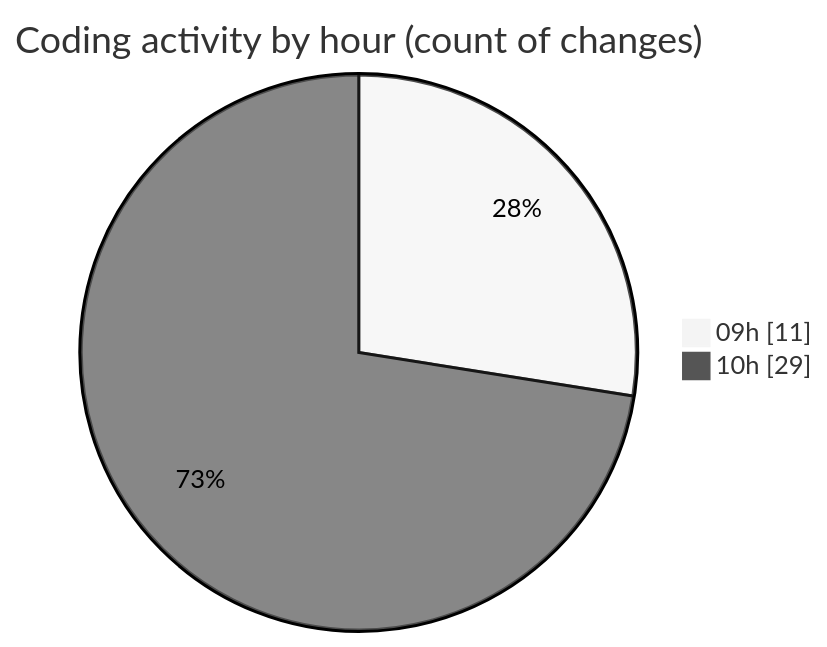
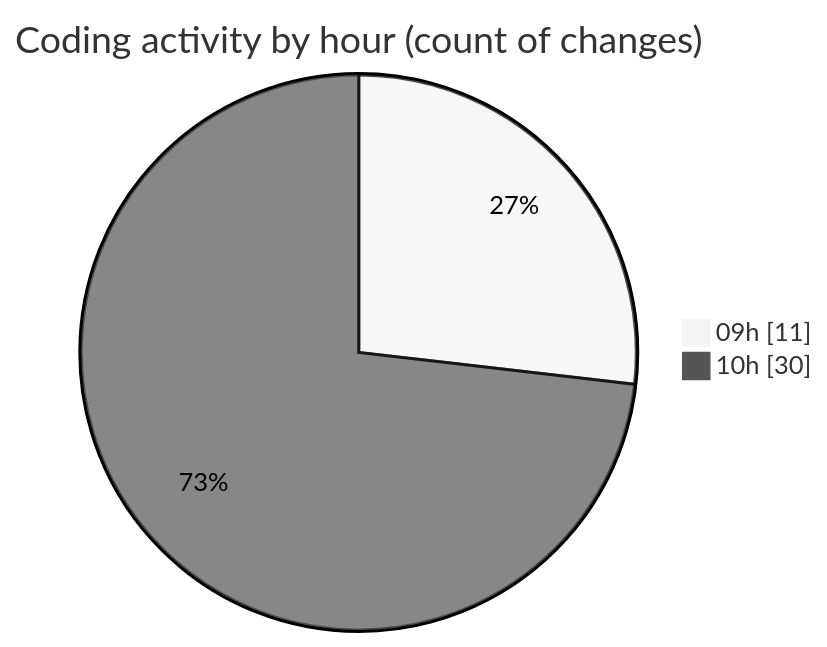
The second of 2 diagrams in 2025-06-24/cda/README.md (momahboobian/code-tracking), drawn with Mermaid (neutral theme) before and after one commit. The commit also changed other lines of this file and 1 other file, not shown here.

````diff
--- a/2025-06-24/cda/README.md
+++ b/2025-06-24/cda/README.md
@@ -28,6 +28,6 @@
 ```mermaid
 pie showData
 title Coding activity by hour (count of changes)
 "09h" : 11
-"10h" : 29
+"10h" : 30
 ```
````
